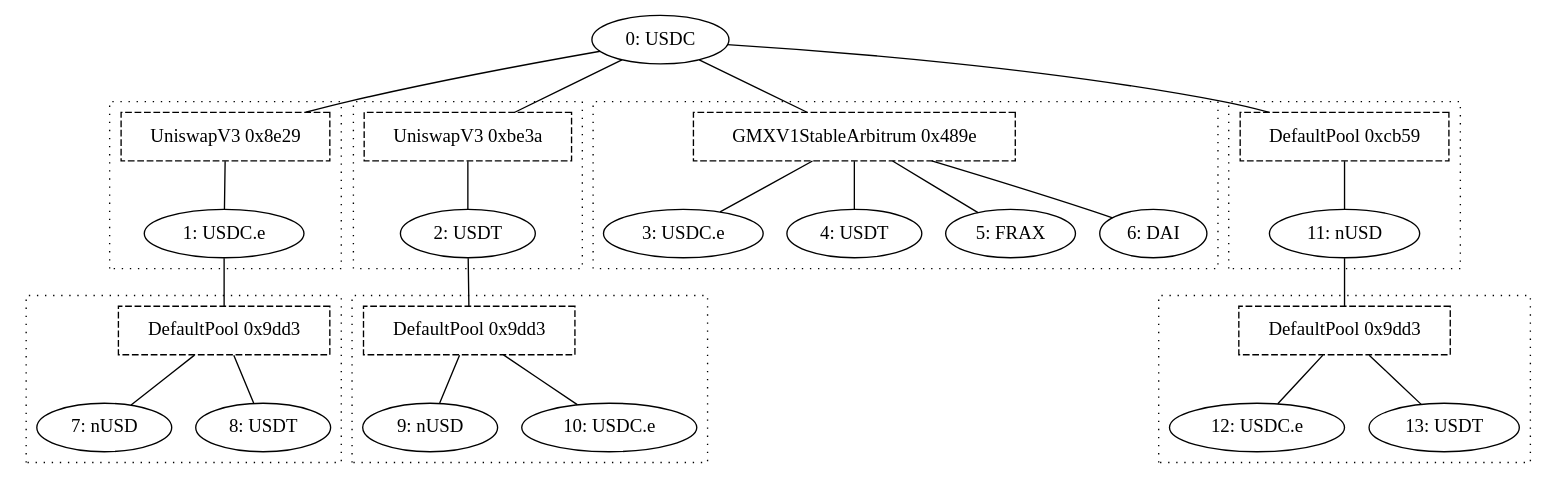
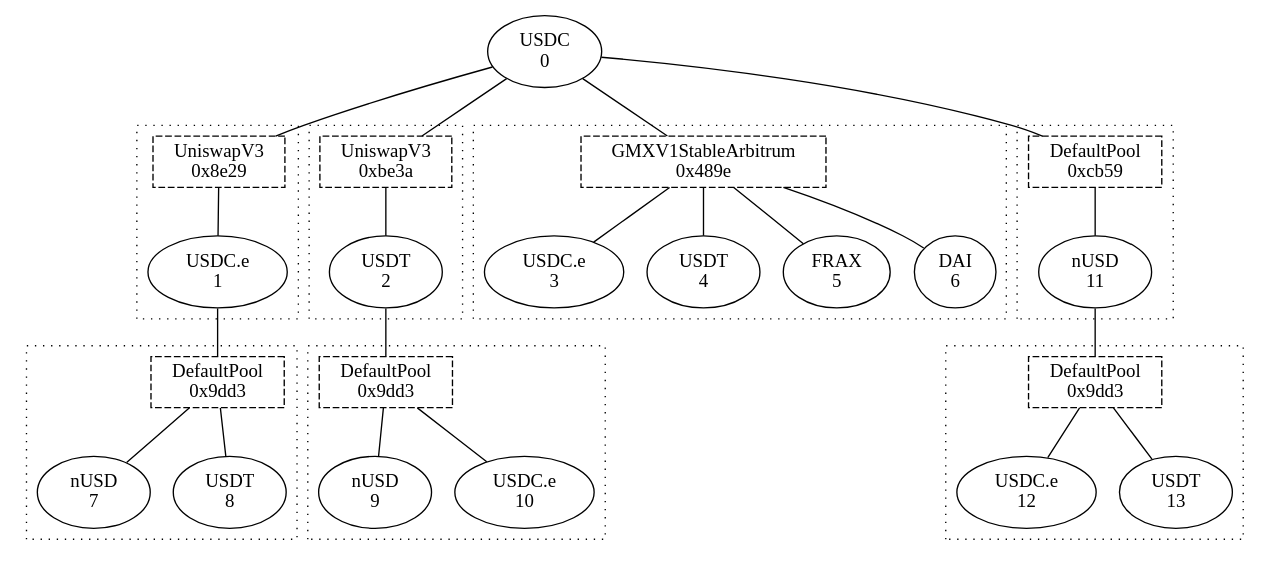
Before and after one commit to synapsecns/synapse-contracts: the diagram in script/configs/arbitrum/LinkedPool.CCTP.USDC.dot, drawn with Graphviz. The commit also changed 51 other files, not shown here.

```diff
--- a/script/configs/arbitrum/LinkedPool.CCTP.USDC.dot
+++ b/script/configs/arbitrum/LinkedPool.CCTP.USDC.dot
@@ -1,101 +1,101 @@
 graph G {
-    token0 [label = "0: USDC";];
-    token1 [label = "1: USDC.e";];
-    token2 [label = "2: USDT";];
-    token3 [label = "3: USDC.e";];
-    token4 [label = "4: USDT";];
-    token5 [label = "5: FRAX";];
-    token6 [label = "6: DAI";];
-    token7 [label = "7: nUSD";];
-    token8 [label = "8: USDT";];
-    token9 [label = "9: nUSD";];
-    token10 [label = "10: USDC.e";];
-    token11 [label = "11: nUSD";];
-    token12 [label = "12: USDC.e";];
-    token13 [label = "13: USDT";];
-    pool0 [label = "UniswapV3 0x8e29";shape = rect;style = dashed;];
+    token0 [label = "USDC\n0";];
+    token1 [label = "USDC.e\n1";];
+    token2 [label = "USDT\n2";];
+    token3 [label = "USDC.e\n3";];
+    token4 [label = "USDT\n4";];
+    token5 [label = "FRAX\n5";];
+    token6 [label = "DAI\n6";];
+    token7 [label = "nUSD\n7";];
+    token8 [label = "USDT\n8";];
+    token9 [label = "nUSD\n9";];
+    token10 [label = "USDC.e\n10";];
+    token11 [label = "nUSD\n11";];
+    token12 [label = "USDC.e\n12";];
+    token13 [label = "USDT\n13";];
+    pool0 [label = "UniswapV3\n0x8e29";shape = rect;style = dashed;];
     token0 -- pool0;
     subgraph cluster0 {
         style = dotted;
         pool0 -- token1;
         subgraph {
             rank = same;
             edge [style = invis;];
             token1;
         }
     }
-    pool1 [label = "UniswapV3 0xbe3a";shape = rect;style = dashed;];
+    pool1 [label = "UniswapV3\n0xbe3a";shape = rect;style = dashed;];
     token0 -- pool1;
     subgraph cluster1 {
         style = dotted;
         pool1 -- token2;
         subgraph {
             rank = same;
             edge [style = invis;];
             token2;
         }
     }
-    pool2 [label = "GMXV1StableArbitrum 0x489e";shape = rect;style = dashed;];
+    pool2 [label = "GMXV1StableArbitrum\n0x489e";shape = rect;style = dashed;];
     token0 -- pool2;
     subgraph cluster2 {
         style = dotted;
         pool2 -- token3;
         pool2 -- token4;
         pool2 -- token5;
         pool2 -- token6;
         subgraph {
             rank = same;
             edge [style = invis;];
             token3 -- token4;
             token4 -- token5;
             token5 -- token6;
         }
     }
-    pool3 [label = "DefaultPool 0x9dd3";shape = rect;style = dashed;];
+    pool3 [label = "DefaultPool\n0x9dd3";shape = rect;style = dashed;];
     token1 -- pool3;
     subgraph cluster3 {
         style = dotted;
         pool3 -- token7;
         pool3 -- token8;
         subgraph {
             rank = same;
             edge [style = invis;];
             token7 -- token8;
         }
     }
-    pool4 [label = "DefaultPool 0x9dd3";shape = rect;style = dashed;];
+    pool4 [label = "DefaultPool\n0x9dd3";shape = rect;style = dashed;];
     token2 -- pool4;
     subgraph cluster4 {
         style = dotted;
         pool4 -- token9;
         pool4 -- token10;
         subgraph {
             rank = same;
             edge [style = invis;];
             token9 -- token10;
         }
     }
-    pool5 [label = "DefaultPool 0xcb59";shape = rect;style = dashed;];
+    pool5 [label = "DefaultPool\n0xcb59";shape = rect;style = dashed;];
     token0 -- pool5;
     subgraph cluster5 {
         style = dotted;
         pool5 -- token11;
         subgraph {
             rank = same;
             edge [style = invis;];
             token11;
         }
     }
-    pool6 [label = "DefaultPool 0x9dd3";shape = rect;style = dashed;];
+    pool6 [label = "DefaultPool\n0x9dd3";shape = rect;style = dashed;];
     token11 -- pool6;
     subgraph cluster6 {
         style = dotted;
         pool6 -- token12;
         pool6 -- token13;
         subgraph {
             rank = same;
             edge [style = invis;];
             token12 -- token13;
         }
     }
 }
```
